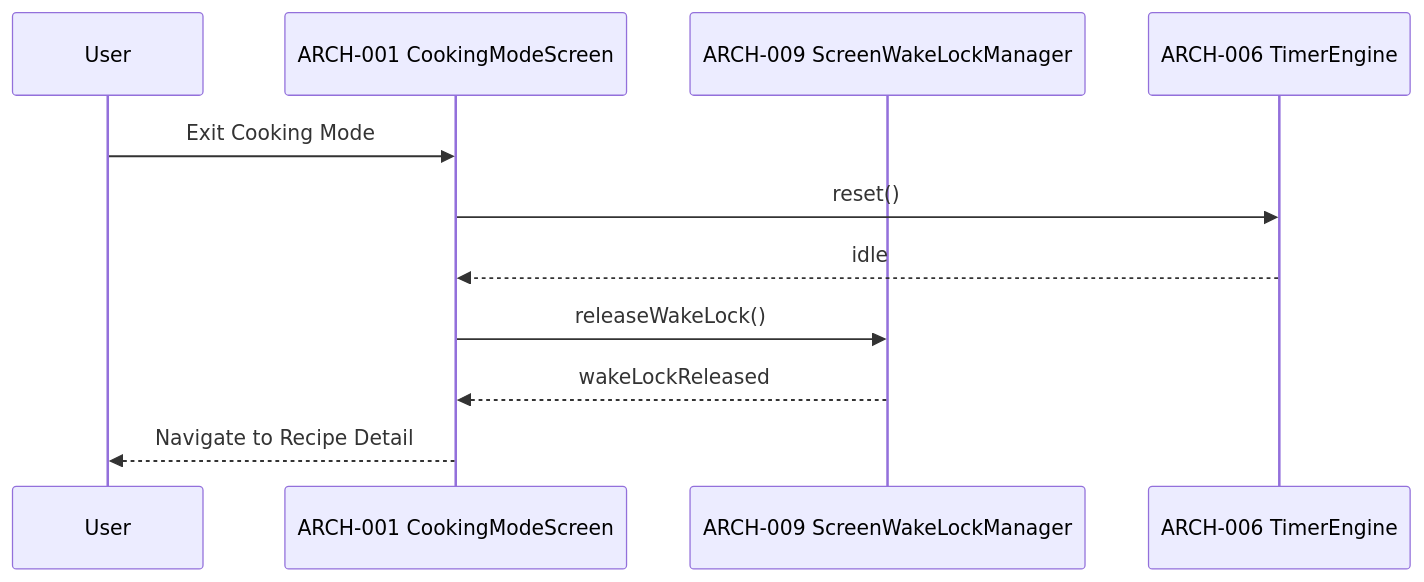
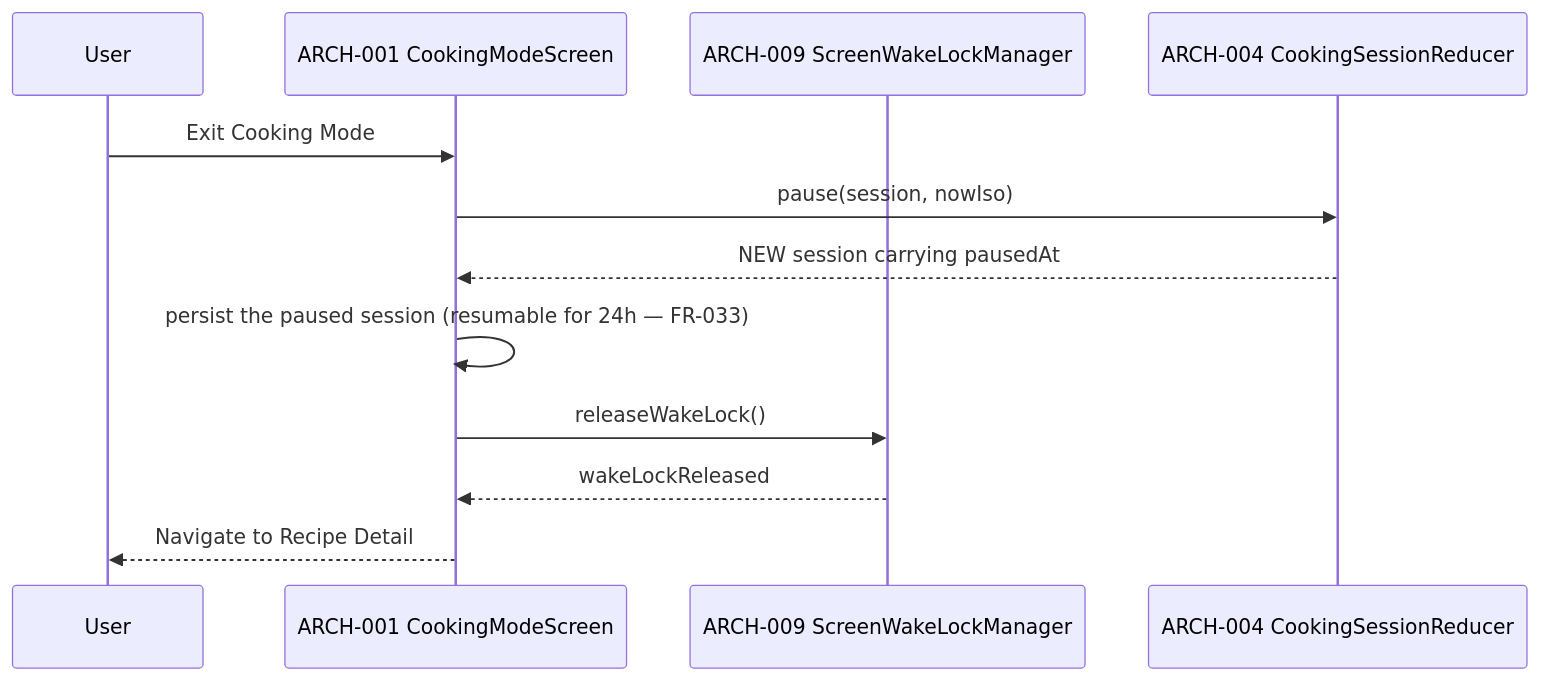
Before and after one commit to radicle-co/KitchenSink: the fourth of 5 diagrams in specs/008-cooking-mode/v-model/architecture-design.md, drawn with Mermaid. The commit also changed other lines of this file and 36 other files, not shown here.

````diff
--- a/specs/008-cooking-mode/v-model/architecture-design.md
+++ b/specs/008-cooking-mode/v-model/architecture-design.md
@@ -122,14 +136,15 @@
 ```mermaid
 sequenceDiagram
     participant User
     participant ARCH001 as ARCH-001 CookingModeScreen
     participant ARCH009 as ARCH-009 ScreenWakeLockManager
-    participant ARCH006 as ARCH-006 TimerEngine
+    participant ARCH004 as ARCH-004 CookingSessionReducer
 
     User->>ARCH001: Exit Cooking Mode
-    ARCH001->>ARCH006: reset()
-    ARCH006-->>ARCH001: idle
+    ARCH001->>ARCH004: pause(session, nowIso)
+    ARCH004-->>ARCH001: NEW session carrying pausedAt
+    ARCH001->>ARCH001: persist the paused session (resumable for 24h — FR-033)
     ARCH001->>ARCH009: releaseWakeLock()
     ARCH009-->>ARCH001: wakeLockReleased
     ARCH001-->>User: Navigate to Recipe Detail
 ```
````
